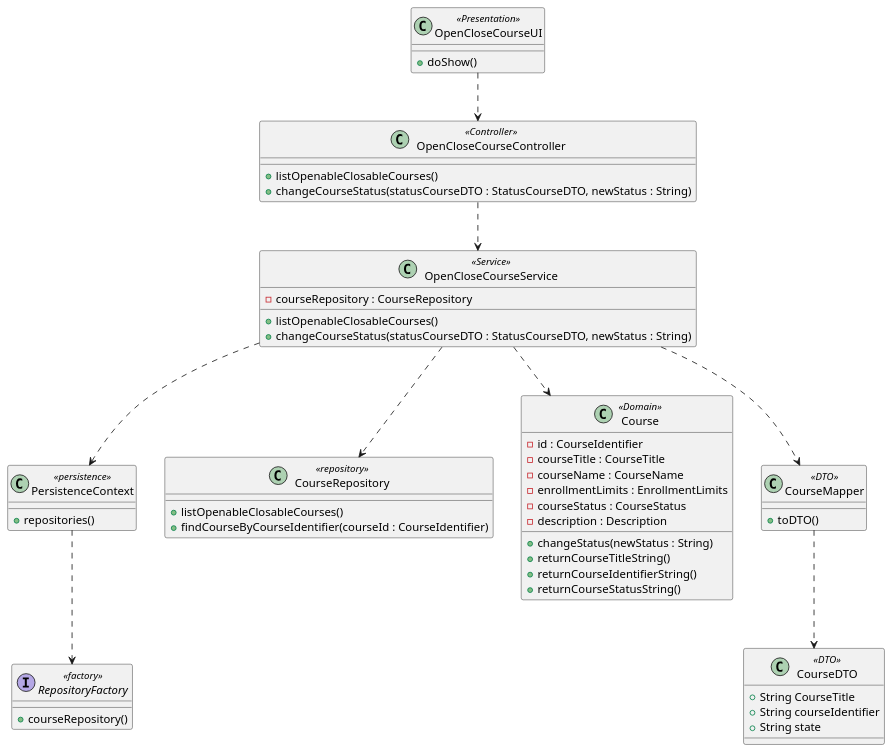
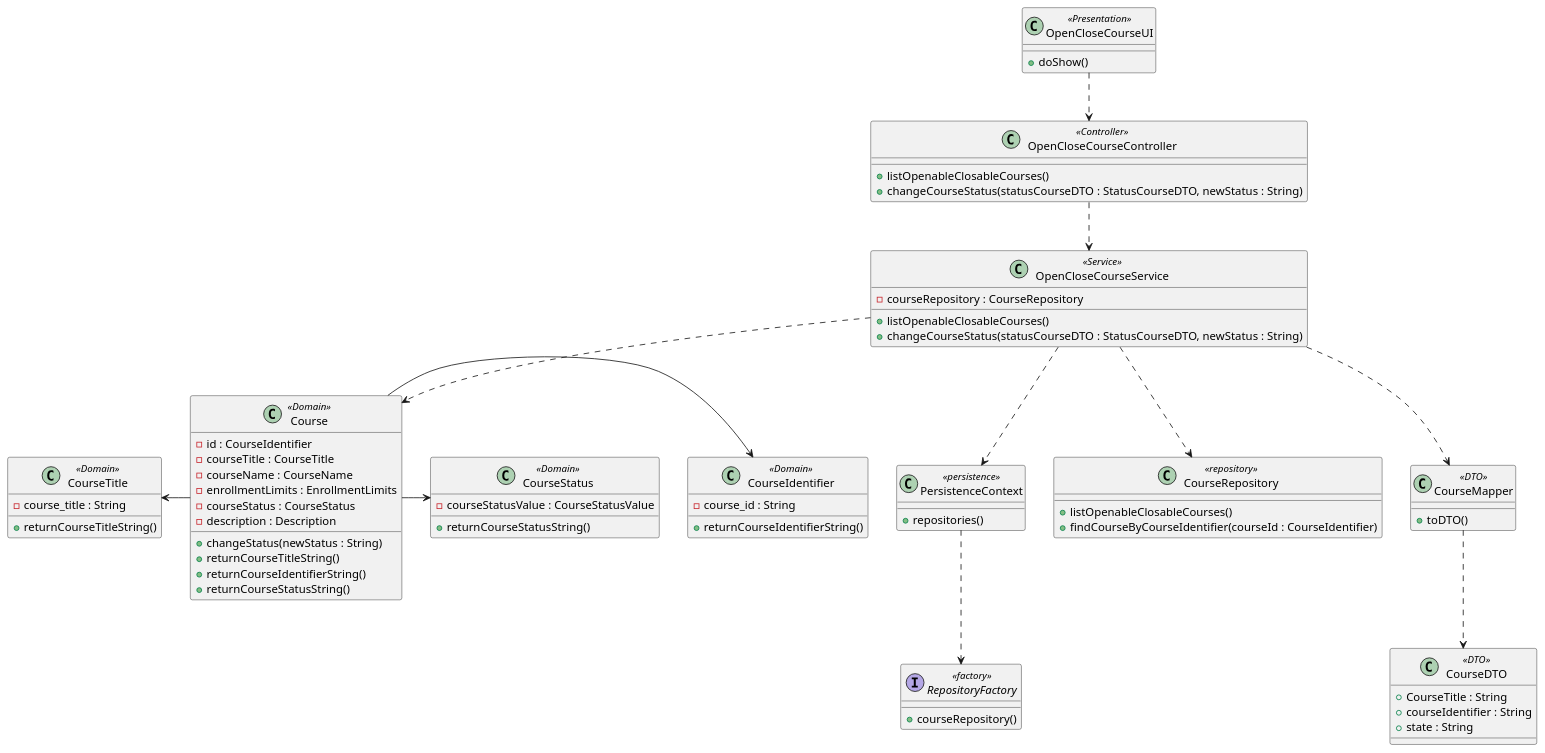
The diagram in docs/Sprint_B/us_1004/us_1004_CD.puml (Marco-Nobrega-Andrade/sem4pi_22_23), drawn with PlantUML before and after one commit. The commit also changed 3 other files, not shown here.

Commit message:
[US_1004][Design] Added methods in Course and its Value Objects to return their attributes as a String CD,SD

```diff
--- a/docs/Sprint_B/us_1004/us_1004_CD.puml
+++ b/docs/Sprint_B/us_1004/us_1004_CD.puml
@@ -1,59 +1,77 @@
 @startuml
 'https://plantuml.com/class-diagram
 
 
 class OpenCloseCourseUI <<Presentation>>{
     + doShow()
 }
 class OpenCloseCourseController <<Controller>>{
     + listOpenableClosableCourses()
     + changeCourseStatus(statusCourseDTO : StatusCourseDTO, newStatus : String)
 }
 
 class OpenCloseCourseService  <<Service>> {
     - courseRepository : CourseRepository
     + listOpenableClosableCourses()
     + changeCourseStatus(statusCourseDTO : StatusCourseDTO, newStatus : String)
 }
 class PersistenceContext  <<persistence>> {
     + repositories()
 }
 Interface RepositoryFactory  <<factory>> {
     + courseRepository()
 }
 class CourseRepository  <<repository>> {
     + listOpenableClosableCourses()
     + findCourseByCourseIdentifier(courseId : CourseIdentifier)
 }
 class Course <<Domain>> {
     - id : CourseIdentifier
     - courseTitle : CourseTitle
     - courseName : CourseName
     - enrollmentLimits : EnrollmentLimits
     - courseStatus : CourseStatus
     - description : Description
     + changeStatus(newStatus : String)
     + returnCourseTitleString()
     + returnCourseIdentifierString()
     + returnCourseStatusString()
 }
+class CourseTitle <<Domain>>{
+    - course_title : String
+    + returnCourseTitleString()
+}
+
+class CourseIdentifier <<Domain>>{
+    - course_id : String
+    + returnCourseIdentifierString()
+}
+
+class CourseStatus <<Domain>>{
+    - courseStatusValue : CourseStatusValue
+    + returnCourseStatusString()
+}
 class CourseDTO <<DTO>> {
-    + String CourseTitle
-    + String courseIdentifier
-    + String state
+    + CourseTitle : String
+    + courseIdentifier : String
+    + state : String
 }
 class CourseMapper <<DTO>> {
     + toDTO()
 }
+
 
 OpenCloseCourseUI ..> OpenCloseCourseController
 OpenCloseCourseController ..> OpenCloseCourseService
 OpenCloseCourseService ..> PersistenceContext
 PersistenceContext ..> RepositoryFactory
 OpenCloseCourseService ..> CourseRepository
 OpenCloseCourseService ..> CourseMapper
 CourseMapper ..> CourseDTO
 OpenCloseCourseService ..> Course
+Course -left> CourseTitle
+Course -down> CourseIdentifier
+Course -right> CourseStatus
 
 
 @enduml
```
